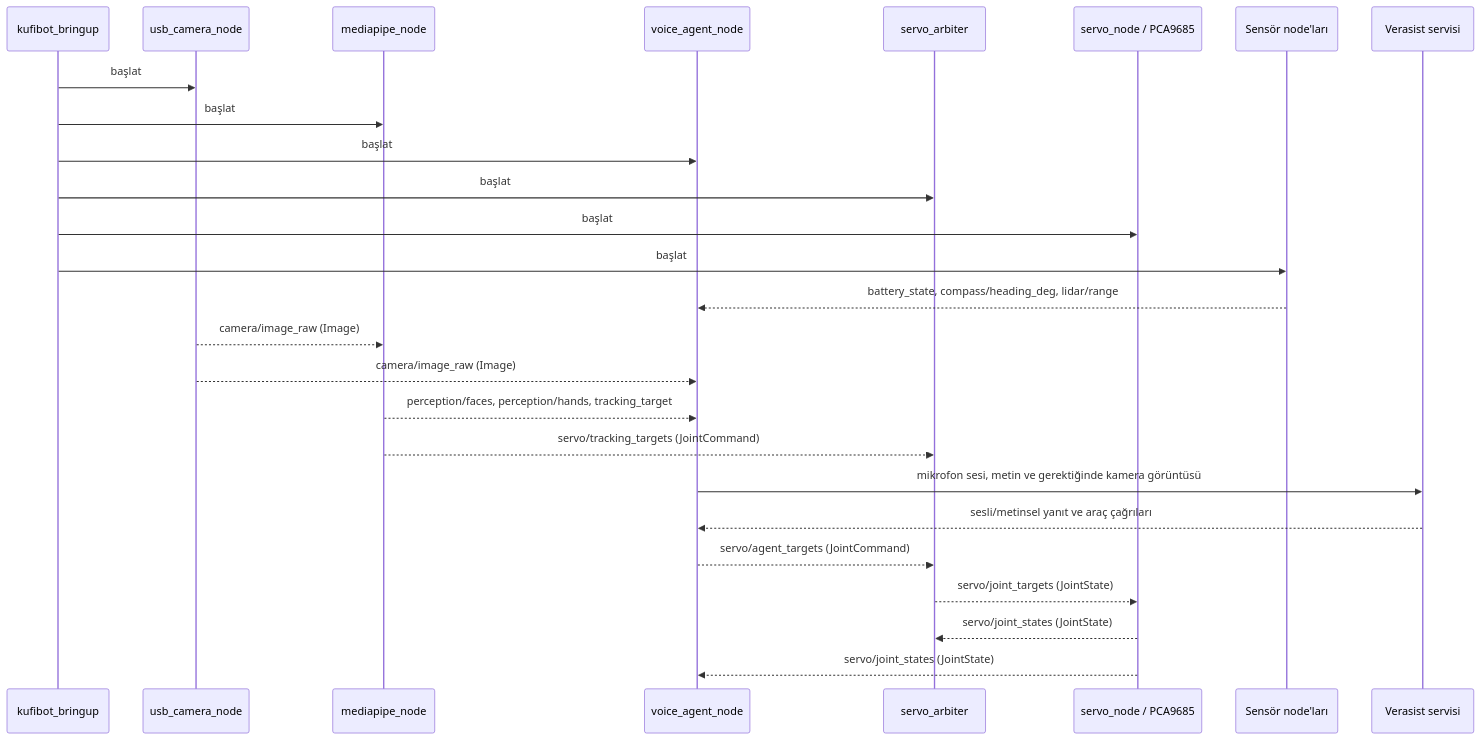
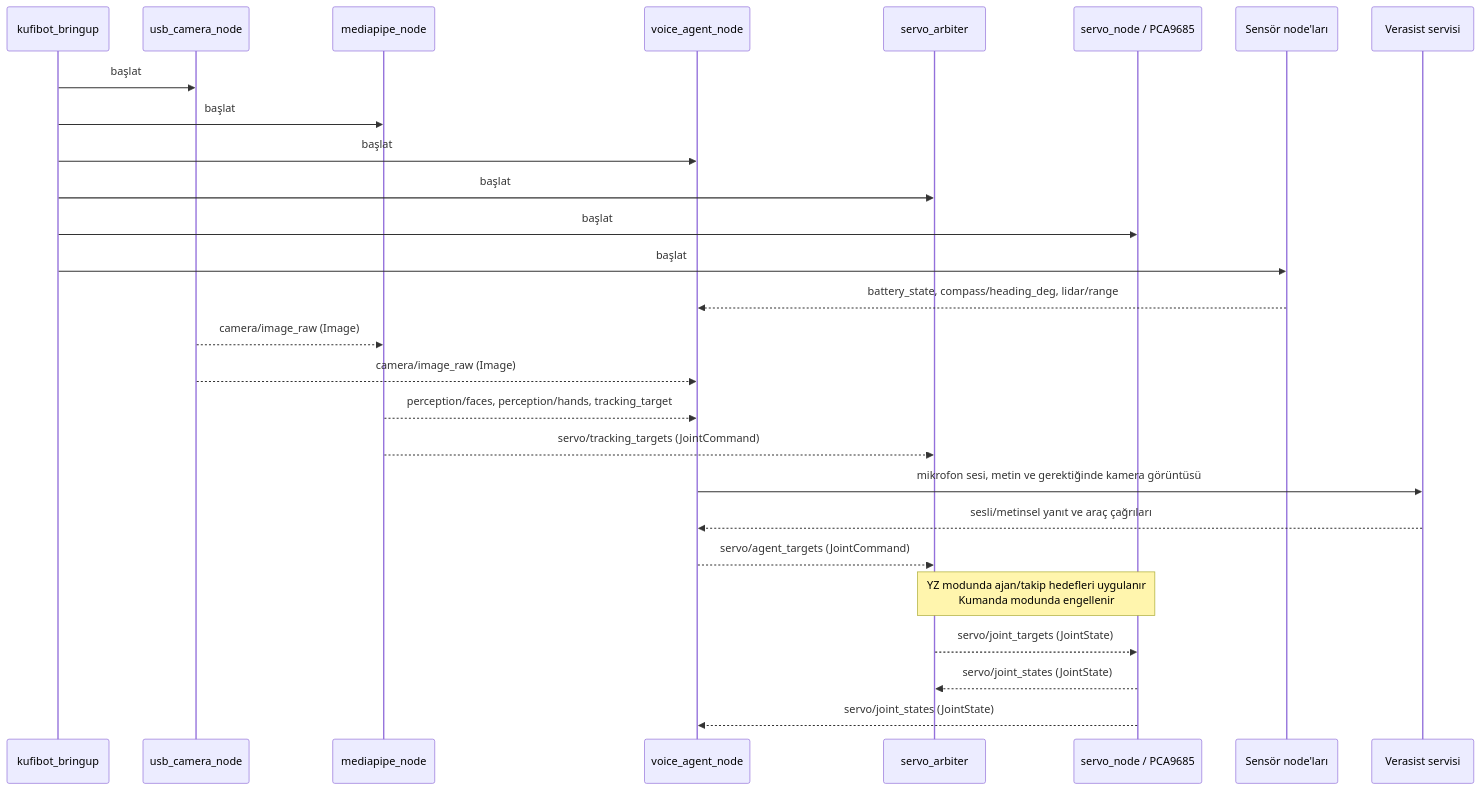
The second of 3 diagrams in README.md (electronicengine/kufibot.ros2), drawn with Mermaid before and after one commit. The commit also changed other lines of this file and 41 other files, not shown here.

````diff
--- a/README.md
+++ b/README.md
@@ -117,29 +156,30 @@
 ```mermaid
 sequenceDiagram
     participant L as kufibot_bringup
     participant C as usb_camera_node
     participant M as mediapipe_node
     participant V as voice_agent_node
     participant A as servo_arbiter
     participant S as servo_node / PCA9685
     participant X as Sensör node'ları
     participant G as Verasist servisi
 
     L->>C: başlat
     L->>M: başlat
     L->>V: başlat
     L->>A: başlat
     L->>S: başlat
     L->>X: başlat
     X-->>V: battery_state, compass/heading_deg, lidar/range
     C-->>M: camera/image_raw (Image)
     C-->>V: camera/image_raw (Image)
     M-->>V: perception/faces, perception/hands, tracking_target
     M-->>A: servo/tracking_targets (JointCommand)
     V->>G: mikrofon sesi, metin ve gerektiğinde kamera görüntüsü
     G-->>V: sesli/metinsel yanıt ve araç çağrıları
     V-->>A: servo/agent_targets (JointCommand)
+    Note over A,S: YZ modunda ajan/takip hedefleri uygulanır<br/>Kumanda modunda engellenir
     A-->>S: servo/joint_targets (JointState)
     S-->>A: servo/joint_states (JointState)
     S-->>V: servo/joint_states (JointState)
 ```
````
